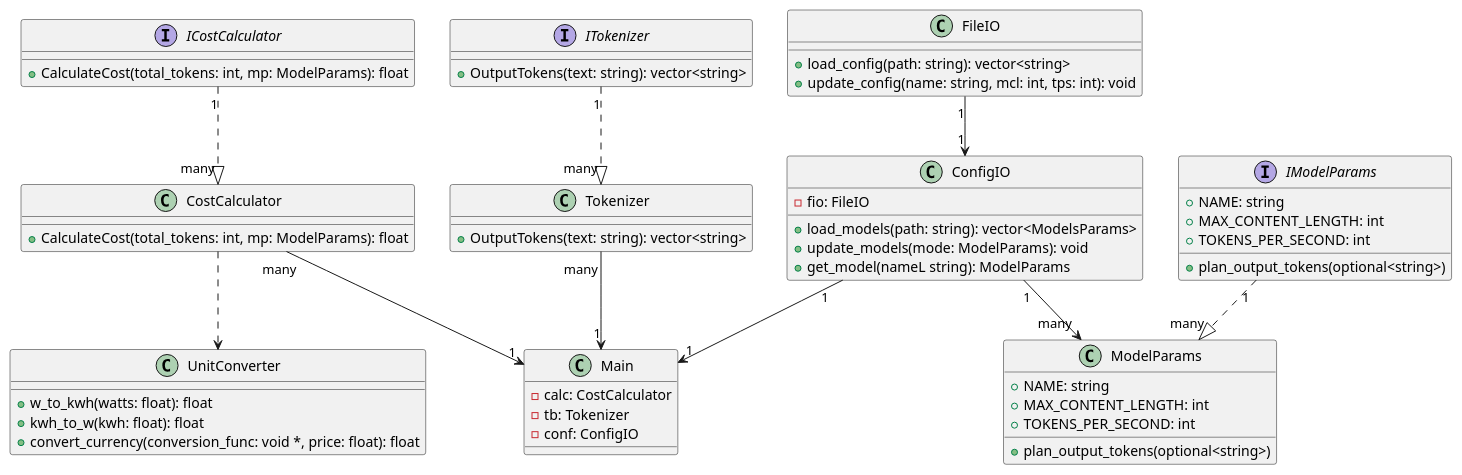
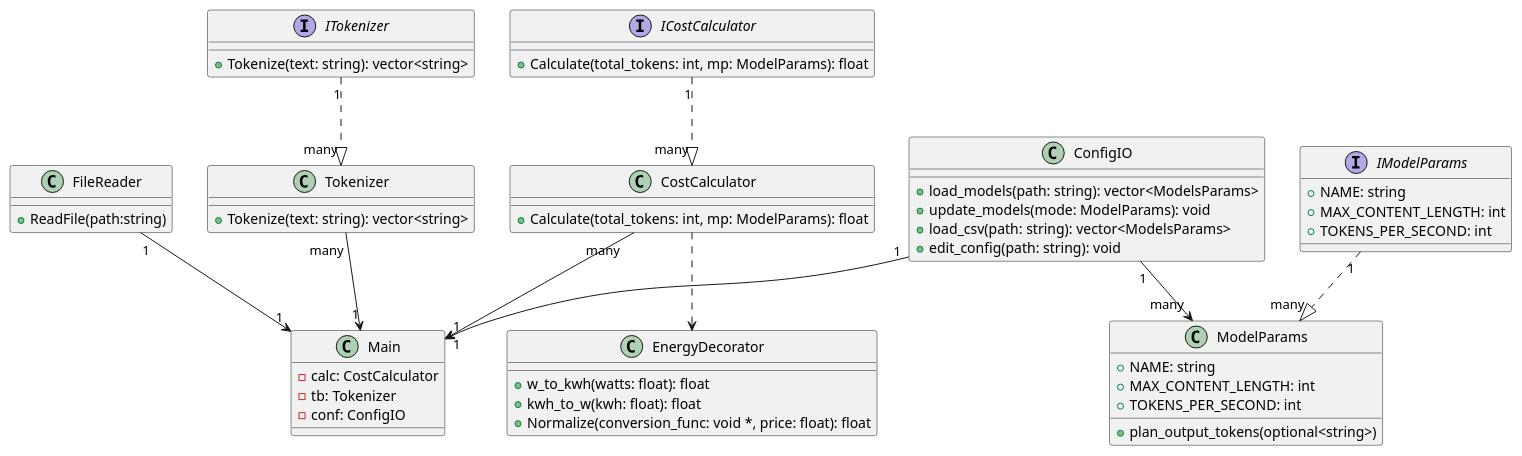
Before and after one commit to TeejMcSteez/ITCS3112FinalProject: the diagram in uml/diag.puml, drawn with PlantUML. The commit also changed 1 other file, not shown here.

Commit message:
Update UML docs

```diff
--- a/uml/diag.puml
+++ b/uml/diag.puml
@@ -1,71 +1,69 @@
 @startuml AITokenAnalyzer
 
 interface ITokenizer {
-    +OutputTokens(text: string): vector<string>
+    +Tokenize(text: string): vector<string>
 }
 
 class Tokenizer {
-    +OutputTokens(text: string): vector<string>
+    +Tokenize(text: string): vector<string>
 }
 
 interface ICostCalculator {
-    +CalculateCost(total_tokens: int, mp: ModelParams): float
+    +Calculate(total_tokens: int, mp: ModelParams): float
 }
 
 class CostCalculator {
-    +CalculateCost(total_tokens: int, mp: ModelParams): float
+    +Calculate(total_tokens: int, mp: ModelParams): float
 }
 
 interface IModelParams {
     +NAME: string
     +MAX_CONTENT_LENGTH: int
     +TOKENS_PER_SECOND: int
-    +plan_output_tokens(optional<string>)
 }
 
 class ModelParams {
     +NAME: string
     +MAX_CONTENT_LENGTH: int
     +TOKENS_PER_SECOND: int
     +plan_output_tokens(optional<string>)
 }
 
-class FileIO {
-    +load_config(path: string): vector<string>
-    +update_config(name: string, mcl: int, tps: int): void
+class FileReader {
+    +ReadFile(path:string)
 }
 
 class ConfigIO {
-    -fio: FileIO
     +load_models(path: string): vector<ModelsParams>
     +update_models(mode: ModelParams): void
-    +get_model(nameL string): ModelParams
+    +load_csv(path: string): vector<ModelsParams>
+    +edit_config(path: string): void
 }
 
-class UnitConverter {
+class EnergyDecorator {
     +w_to_kwh(watts: float): float
     +kwh_to_w(kwh: float): float
-    +convert_currency(conversion_func: void *, price: float): float
+    +Normalize(conversion_func: void *, price: float): float
 }
 
 class Main {
     - calc: CostCalculator
     - tb: Tokenizer
     - conf: ConfigIO
 }
 
 ' Relationship's
 ' Tokenizer Relationships
 ITokenizer "1" ..|> "many" Tokenizer
 ' Cost Algo. Relationships
 ICostCalculator "1" ..|> "many" CostCalculator
-CostCalculator ..> UnitConverter
+CostCalculator ..> EnergyDecorator
 ' Model/Config Relationships
 IModelParams "1" ..|> "many" ModelParams
 ConfigIO "1" --> "many" ModelParams
-FileIO "1" --> "1" ConfigIO
 ' Main relationships
 CostCalculator "many" --> "1" Main
 Tokenizer "many" --> "1" Main
 ConfigIO "1" --> "1" Main
+FileReader "1" --> "1" Main
 @enduml
```
